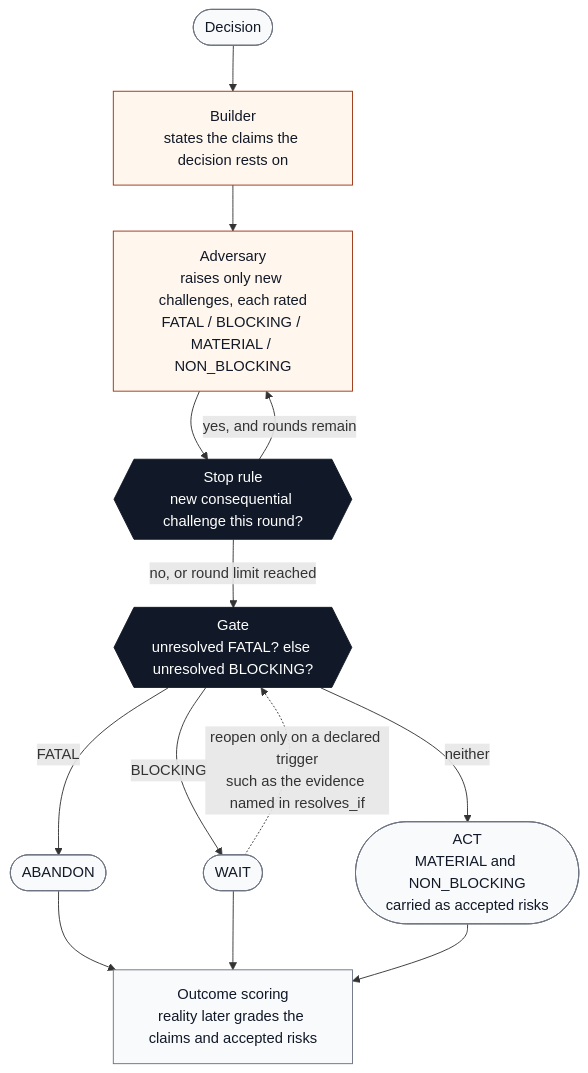
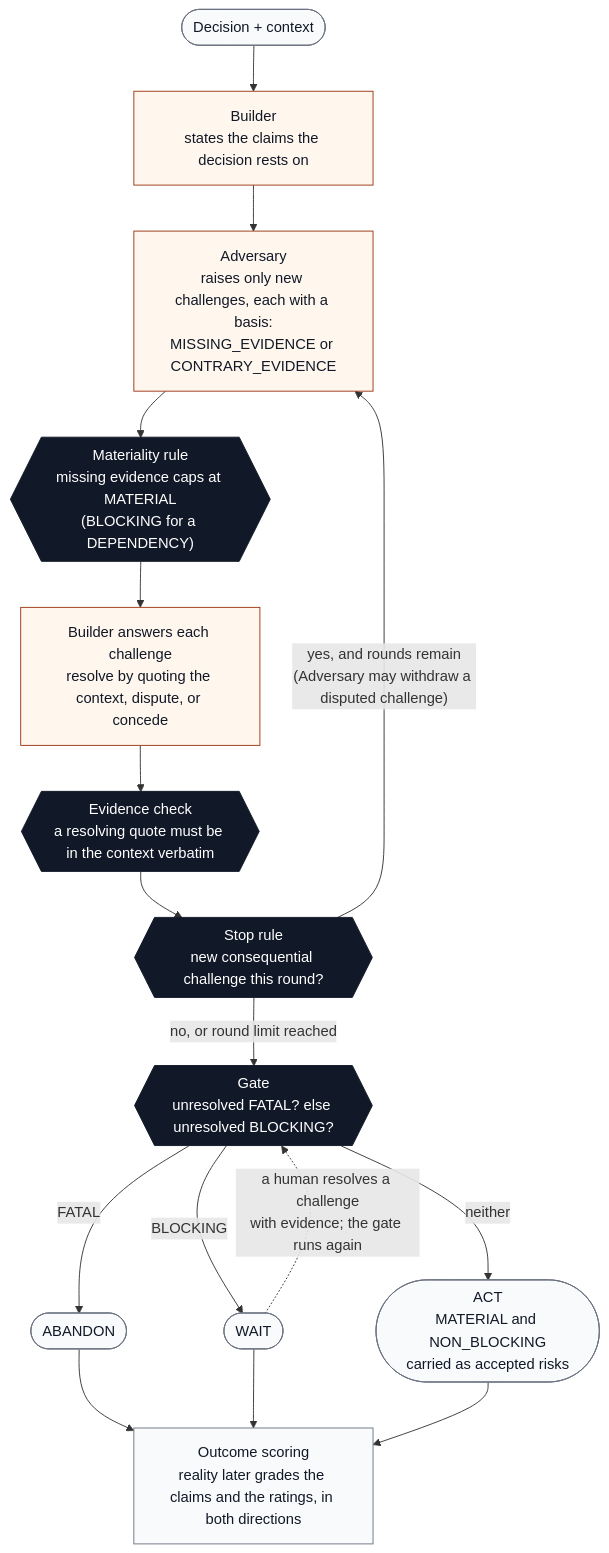
One commit to hemangnagar/decision_gate changed the diagram in README.md. Above: the diagram before and after it, drawn with Mermaid. The commit also changed other lines of this file and 8 other files, not shown here.

````diff
--- a/README.md
+++ b/README.md
@@ -23,22 +24,25 @@
 ```mermaid
 flowchart TD
-    D(["Decision"]) --> B["Builder<br/>states the claims the decision rests on"]
-    B --> A["Adversary<br/>raises only new challenges, each rated<br/>FATAL / BLOCKING / MATERIAL / NON_BLOCKING"]
-    A --> S{{"Stop rule<br/>new consequential challenge this round?"}}
-    S -- "yes, and rounds remain" --> A
+    D(["Decision + context"]) --> B["Builder<br/>states the claims the decision rests on"]
+    B --> A["Adversary<br/>raises only new challenges, each with a basis:<br/>MISSING_EVIDENCE or CONTRARY_EVIDENCE"]
+    A --> M{{"Materiality rule<br/>missing evidence caps at MATERIAL<br/>(BLOCKING for a DEPENDENCY)"}}
+    M --> R["Builder answers each challenge<br/>resolve by quoting the context, dispute, or concede"]
+    R --> V{{"Evidence check<br/>a resolving quote must be in the context verbatim"}}
+    V --> S{{"Stop rule<br/>new consequential challenge this round?"}}
+    S -- "yes, and rounds remain<br/>(Adversary may withdraw a disputed challenge)" --> A
     S -- "no, or round limit reached" --> G{{"Gate<br/>unresolved FATAL? else unresolved BLOCKING?"}}
     G -- "FATAL" --> ABANDON(["ABANDON"])
     G -- "BLOCKING" --> WAIT(["WAIT"])
     G -- "neither" --> ACT(["ACT<br/>MATERIAL and NON_BLOCKING<br/>carried as accepted risks"])
-    WAIT -. "reopen only on a declared trigger<br/>such as the evidence named in resolves_if" .-> G
+    WAIT -. "a human resolves a challenge<br/>with evidence; the gate runs again" .-> G
     ABANDON --> O
     WAIT --> O
-    ACT --> O["Outcome scoring<br/>reality later grades the claims and accepted risks"]
+    ACT --> O["Outcome scoring<br/>reality later grades the claims and the ratings, in both directions"]
 
     classDef model fill:#fff7ed,stroke:#9a3412,color:#111827
     classDef rule fill:#111827,stroke:#111827,color:#ffffff
     classDef result fill:#f9fafb,stroke:#6b7280,color:#111827
-    class B,A model
-    class S,G rule
+    class B,A,R model
+    class M,V,S,G rule
     class D,ABANDON,WAIT,ACT,O result
 ```
````
